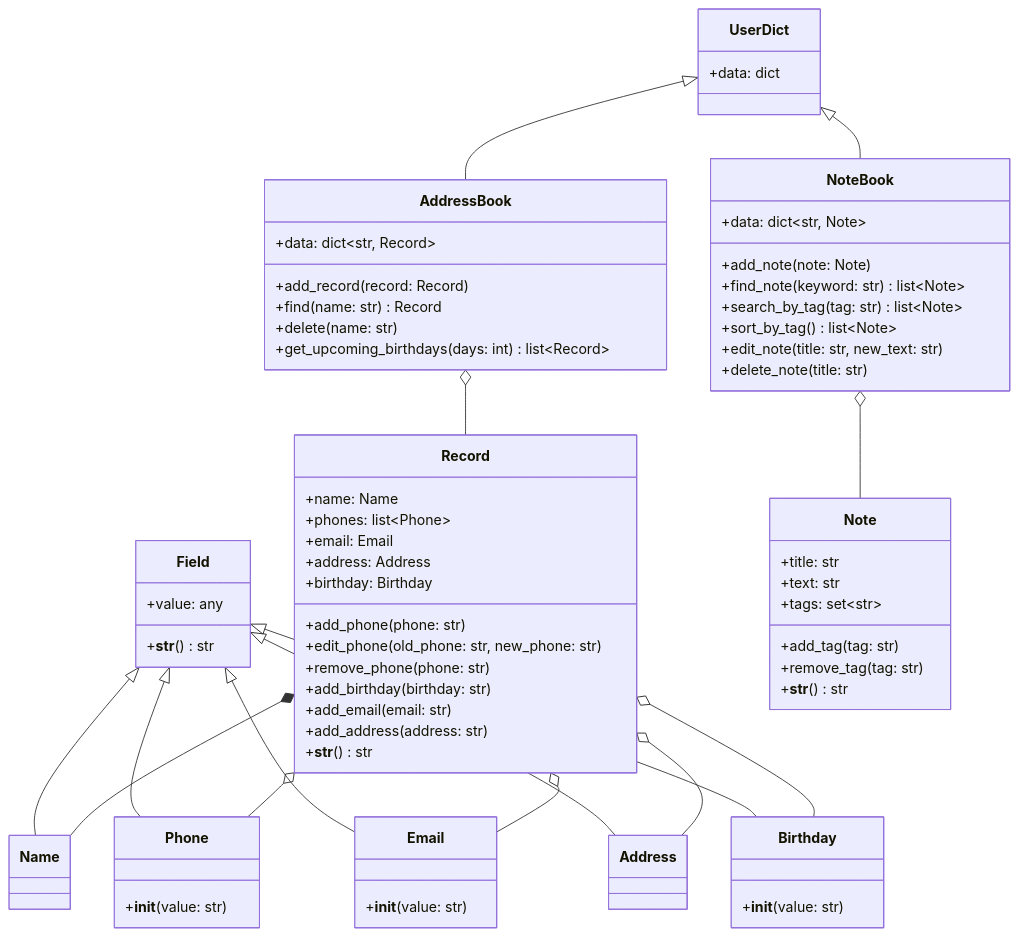
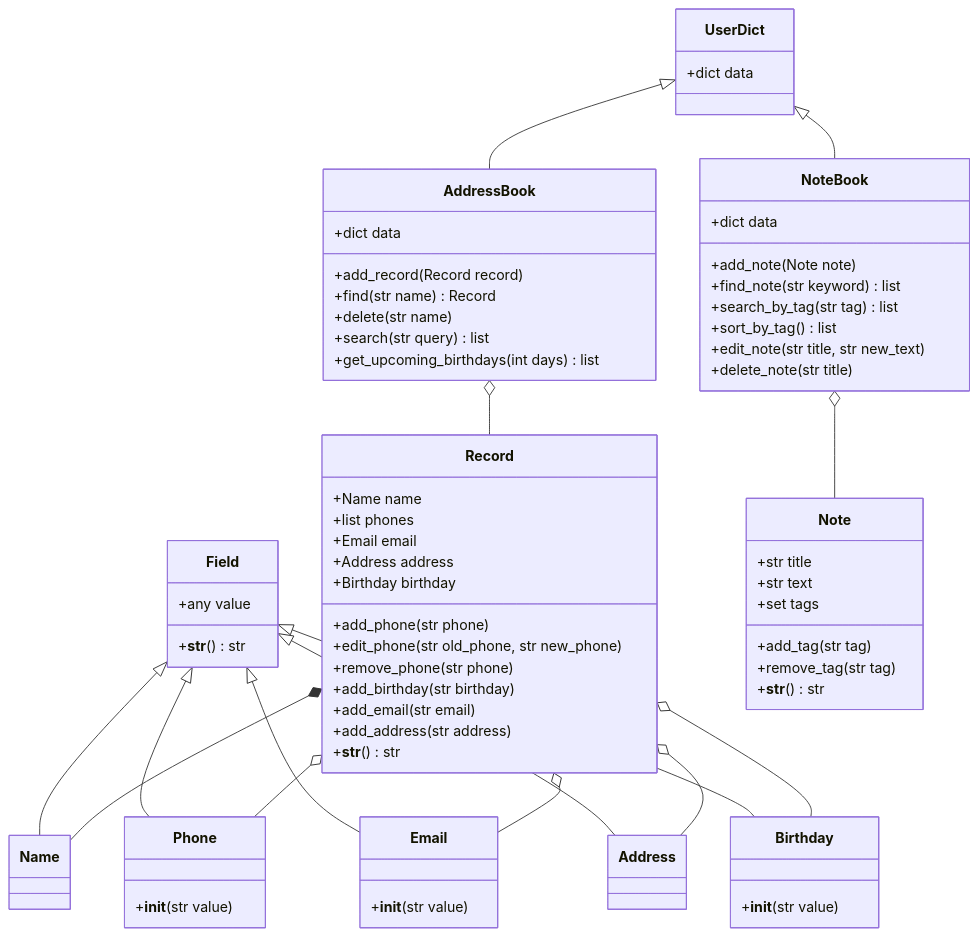
The diagram in README.md (onagorniy-ui/project-CodeCrew), drawn with Mermaid before and after one commit.

Commit message:
Виправив синтаксис Mermaid для коректного рендерингу на GitHub Pages

````diff
--- a/README.md
+++ b/README.md
@@ -39,11 +39,11 @@
 ```mermaid
 classDiagram
     class UserDict {
-        +data: dict
+        +dict data
     }
 
     class Field {
-        +value: any
+        +any value
         +__str__() str
     }
 
@@ -51,60 +51,61 @@
     }
 
     class Phone {
-        +__init__(value: str)
+        +__init__(str value)
     }
 
     class Email {
-        +__init__(value: str)
+        +__init__(str value)
     }
 
     class Address {
     }
 
     class Birthday {
-        +__init__(value: str)
+        +__init__(str value)
     }
 
     class Record {
-        +name: Name
-        +phones: list~Phone~
-        +email: Email
-        +address: Address
-        +birthday: Birthday
-        +add_phone(phone: str)
-        +edit_phone(old_phone: str, new_phone: str)
-        +remove_phone(phone: str)
-        +add_birthday(birthday: str)
-        +add_email(email: str)
-        +add_address(address: str)
+        +Name name
+        +list phones
+        +Email email
+        +Address address
+        +Birthday birthday
+        +add_phone(str phone)
+        +edit_phone(str old_phone, str new_phone)
+        +remove_phone(str phone)
+        +add_birthday(str birthday)
+        +add_email(str email)
+        +add_address(str address)
         +__str__() str
     }
 
     class AddressBook {
-        +data: dict~str, Record~
-        +add_record(record: Record)
-        +find(name: str) Record
-        +delete(name: str)
-        +get_upcoming_birthdays(days: int) list~Record~
+        +dict data
+        +add_record(Record record)
+        +find(str name) Record
+        +delete(str name)
+        +search(str query) list
+        +get_upcoming_birthdays(int days) list
     }
 
     class Note {
-        +title: str
-        +text: str
-        +tags: set~str~
-        +add_tag(tag: str)
-        +remove_tag(tag: str)
+        +str title
+        +str text
+        +set tags
+        +add_tag(str tag)
+        +remove_tag(str tag)
         +__str__() str
     }
 
     class NoteBook {
-        +data: dict~str, Note~
-        +add_note(note: Note)
-        +find_note(keyword: str) list~Note~
-        +search_by_tag(tag: str) list~Note~
-        +sort_by_tag() list~Note~
-        +edit_note(title: str, new_text: str)
-        +delete_note(title: str)
+        +dict data
+        +add_note(Note note)
+        +find_note(str keyword) list
+        +search_by_tag(str tag) list
+        +sort_by_tag() list
+        +edit_note(str title, str new_text)
+        +delete_note(str title)
     }
 
     UserDict <|-- AddressBook
````
